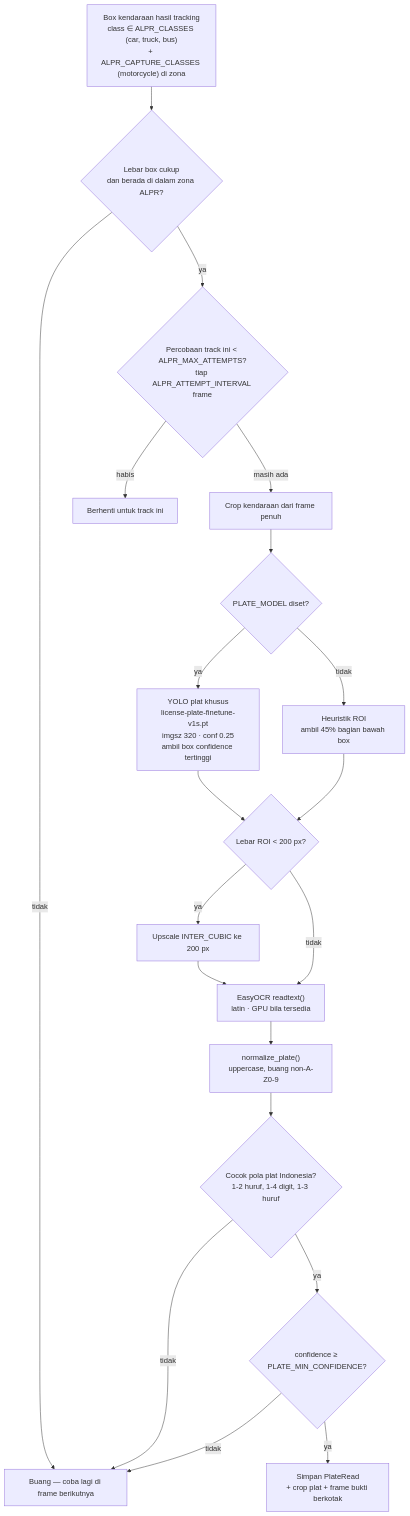
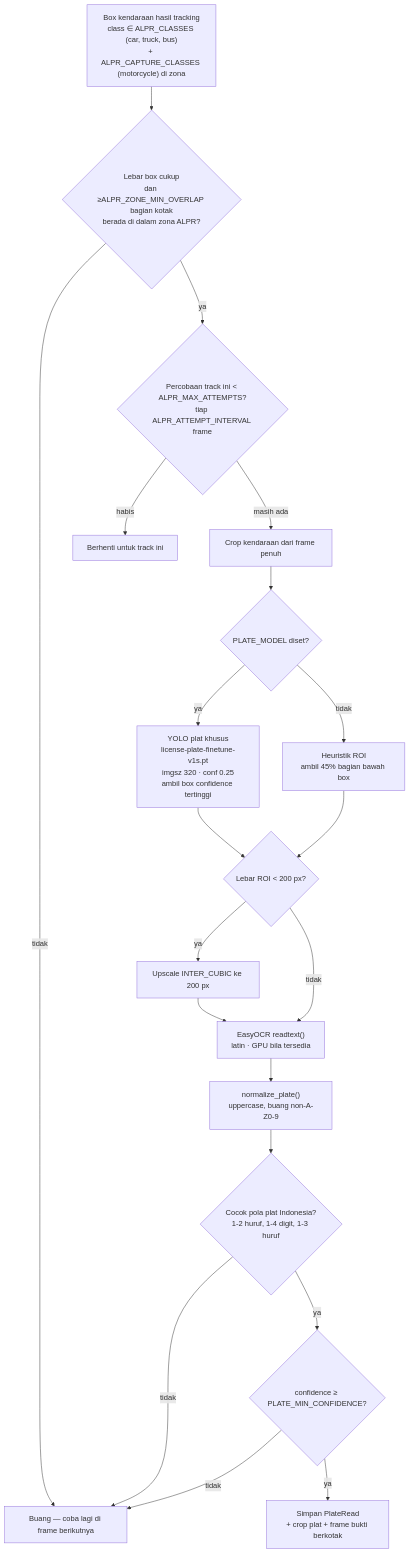
Before and after one commit to andiyulistyo/cctv-forall: the third of 9 diagrams in docs/ARCHITECTURE.md, drawn with Mermaid. The commit also changed other lines of this file and 6 other files, not shown here.

````diff
--- a/docs/ARCHITECTURE.md
+++ b/docs/ARCHITECTURE.md
@@ -162,34 +162,34 @@
 ```mermaid
 flowchart TB
     IN["Box kendaraan hasil tracking<br/>class ∈ ALPR_CLASSES (car, truck, bus)<br/>+ ALPR_CAPTURE_CLASSES (motorcycle) di zona"]
-    W{"Lebar box cukup<br/>dan berada di dalam zona ALPR?"}
+    W{"Lebar box cukup<br/>dan ≥ALPR_ZONE_MIN_OVERLAP bagian kotak<br/>berada di dalam zona ALPR?"}
     ATT{"Percobaan track ini < ALPR_MAX_ATTEMPTS?<br/>tiap ALPR_ATTEMPT_INTERVAL frame"}
     CROP["Crop kendaraan dari frame penuh"]
     PM{"PLATE_MODEL diset?"}
     YOLO["YOLO plat khusus<br/>license-plate-finetune-v1s.pt<br/>imgsz 320 · conf 0.25<br/>ambil box confidence tertinggi"]
     HEUR["Heuristik ROI<br/>ambil 45% bagian bawah box"]
     UP{"Lebar ROI < 200 px?"}
     RESIZE["Upscale INTER_CUBIC ke 200 px"]
     OCR["EasyOCR readtext()<br/>latin · GPU bila tersedia"]
     NORM["normalize_plate()<br/>uppercase, buang non-A-Z0-9"]
     RE{"Cocok pola plat Indonesia?<br/>1-2 huruf, 1-4 digit, 1-3 huruf"}
     CONF{"confidence ≥ PLATE_MIN_CONFIDENCE?"}
     SAVE["Simpan PlateRead<br/>+ crop plat + frame bukti berkotak"]
     RETRY["Buang — coba lagi di frame berikutnya"]
     DROP["Berhenti untuk track ini"]
 
     IN --> W
     W -->|"tidak"| RETRY
     W -->|"ya"| ATT
     ATT -->|"habis"| DROP
     ATT -->|"masih ada"| CROP --> PM
     PM -->|"ya"| YOLO --> UP
     PM -->|"tidak"| HEUR --> UP
     UP -->|"ya"| RESIZE --> OCR
     UP -->|"tidak"| OCR
     OCR --> NORM --> RE
     RE -->|"tidak"| RETRY
     RE -->|"ya"| CONF
     CONF -->|"tidak"| RETRY
     CONF -->|"ya"| SAVE
 ```
````
